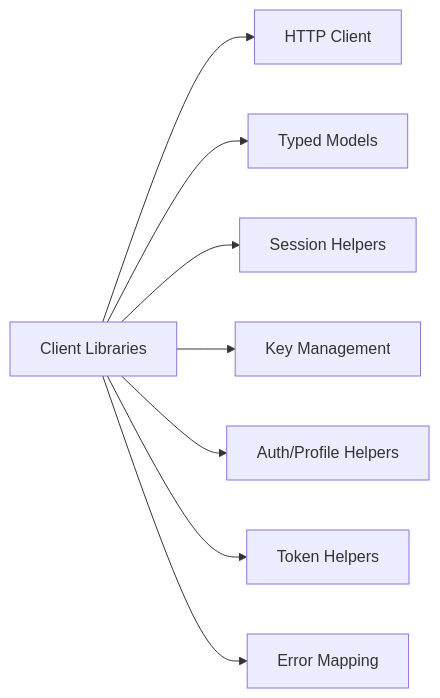
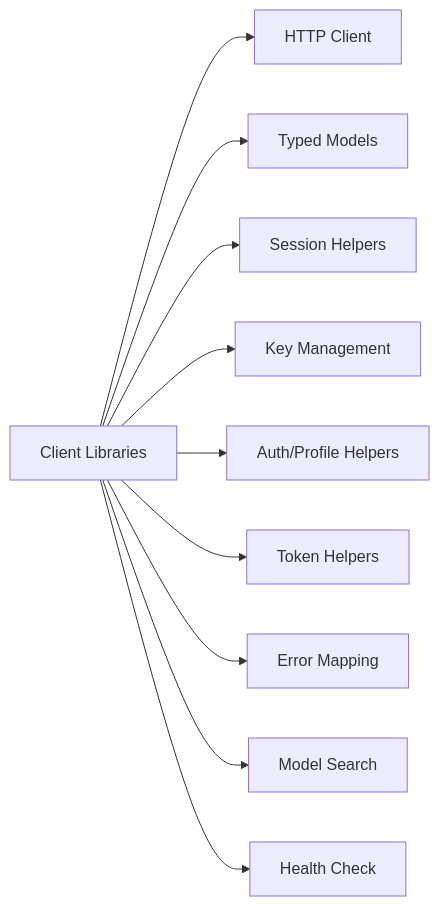
One commit to pluggably/llm_api changed the first of 2 diagrams in docs/architecture/software_architecture_client.md. Above: the diagram before and after it, drawn with Mermaid. The commit also changed other lines of this file and 30 other files, not shown here.

````diff
--- a/docs/architecture/software_architecture_client.md
+++ b/docs/architecture/software_architecture_client.md
@@ -12,19 +12,23 @@
 ```mermaid
 graph LR
     SDK[Client Libraries]
     HTTP[HTTP Client]
     Models[Typed Models]
     Sessions[Session Helpers]
     Keys[Key Management]
     Users[Auth/Profile Helpers]
     Tokens[Token Helpers]
     Errors[Error Mapping]
+    Catalog[Model Search]
+    Health[Health Check]
 
     SDK --> HTTP
     SDK --> Models
     SDK --> Sessions
     SDK --> Keys
     SDK --> Users
     SDK --> Tokens
     SDK --> Errors
+    SDK --> Catalog
+    SDK --> Health
 ```
````
